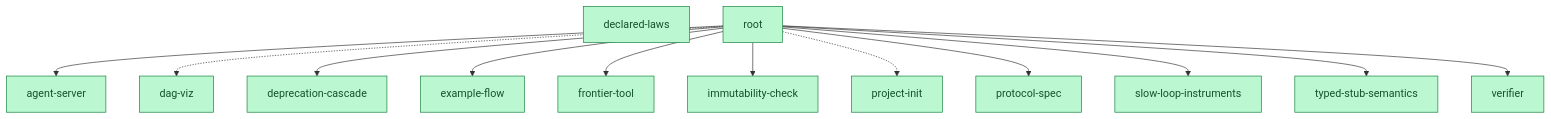
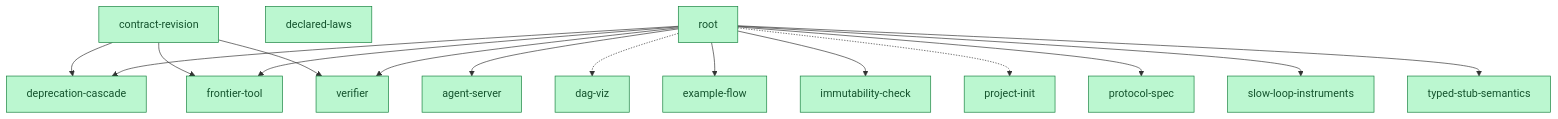
The diagram in docs/DAG.md (shitianfang/build2me), drawn with Mermaid before and after one commit. The commit also changed other lines of this file and 13 other files, not shown here.

First line of the commit message:
contract-revision: contracts evolve by deprecate-and-supersede in one command

````diff
--- a/docs/DAG.md
+++ b/docs/DAG.md
@@ -6,30 +6,34 @@
 ```mermaid
 graph TD
   agent_server["agent-server"]:::done
+  contract_revision["contract-revision"]:::done
   dag_viz["dag-viz"]:::done
   declared_laws["declared-laws"]:::done
   deprecation_cascade["deprecation-cascade"]:::done
   example_flow["example-flow"]:::done
   frontier_tool["frontier-tool"]:::done
   immutability_check["immutability-check"]:::done
   project_init["project-init"]:::done
   protocol_spec["protocol-spec"]:::done
   root["root"]:::done
   slow_loop_instruments["slow-loop-instruments"]:::done
   typed_stub_semantics["typed-stub-semantics"]:::done
   verifier["verifier"]:::done
+  contract_revision --> deprecation_cascade
+  contract_revision --> frontier_tool
+  contract_revision --> verifier
   root --> agent_server
   root -.-> dag_viz
   root --> deprecation_cascade
   root --> example_flow
   root --> frontier_tool
   root --> immutability_check
   root -.-> project_init
   root --> protocol_spec
   root --> slow_loop_instruments
   root --> typed_stub_semantics
   root --> verifier
   classDef done fill:#bbf7d0,stroke:#15803d,color:#14532d
   classDef open fill:#fde68a,stroke:#b45309,color:#78350f
   classDef deprecated fill:#e5e7eb,stroke:#6b7280,color:#374151
 ```
````
